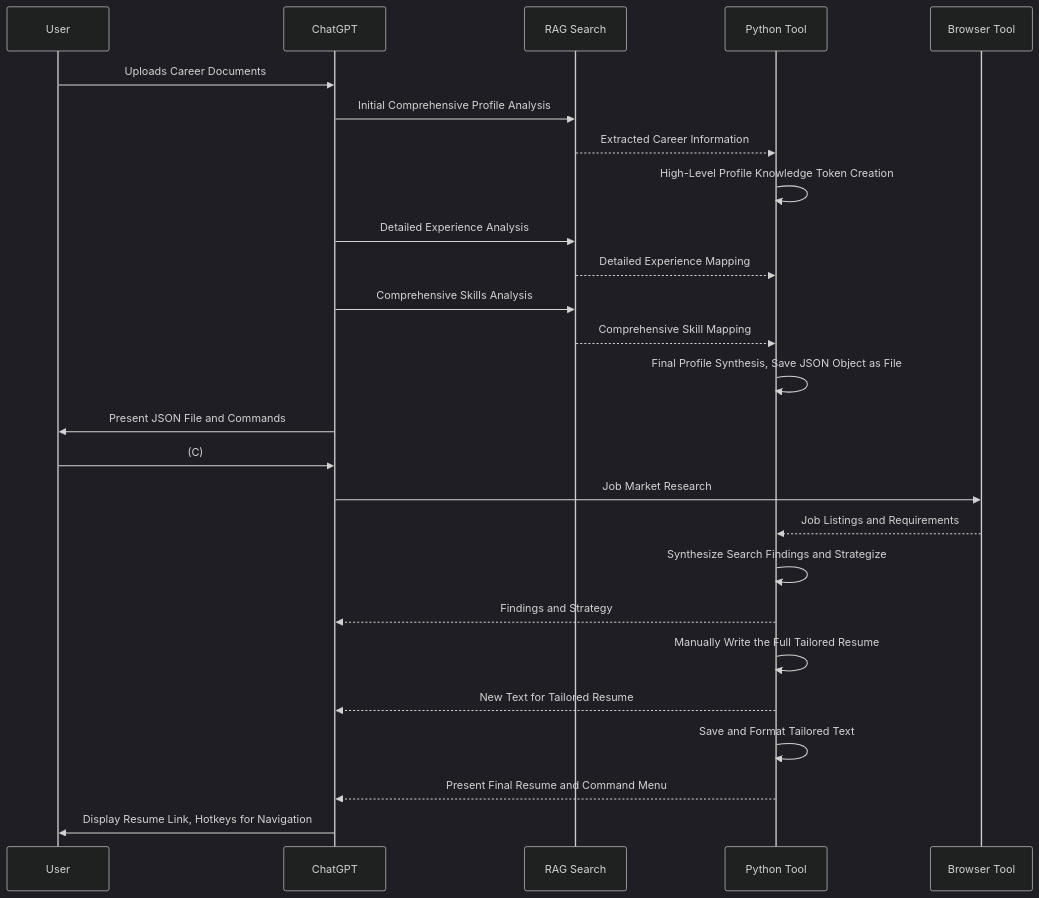
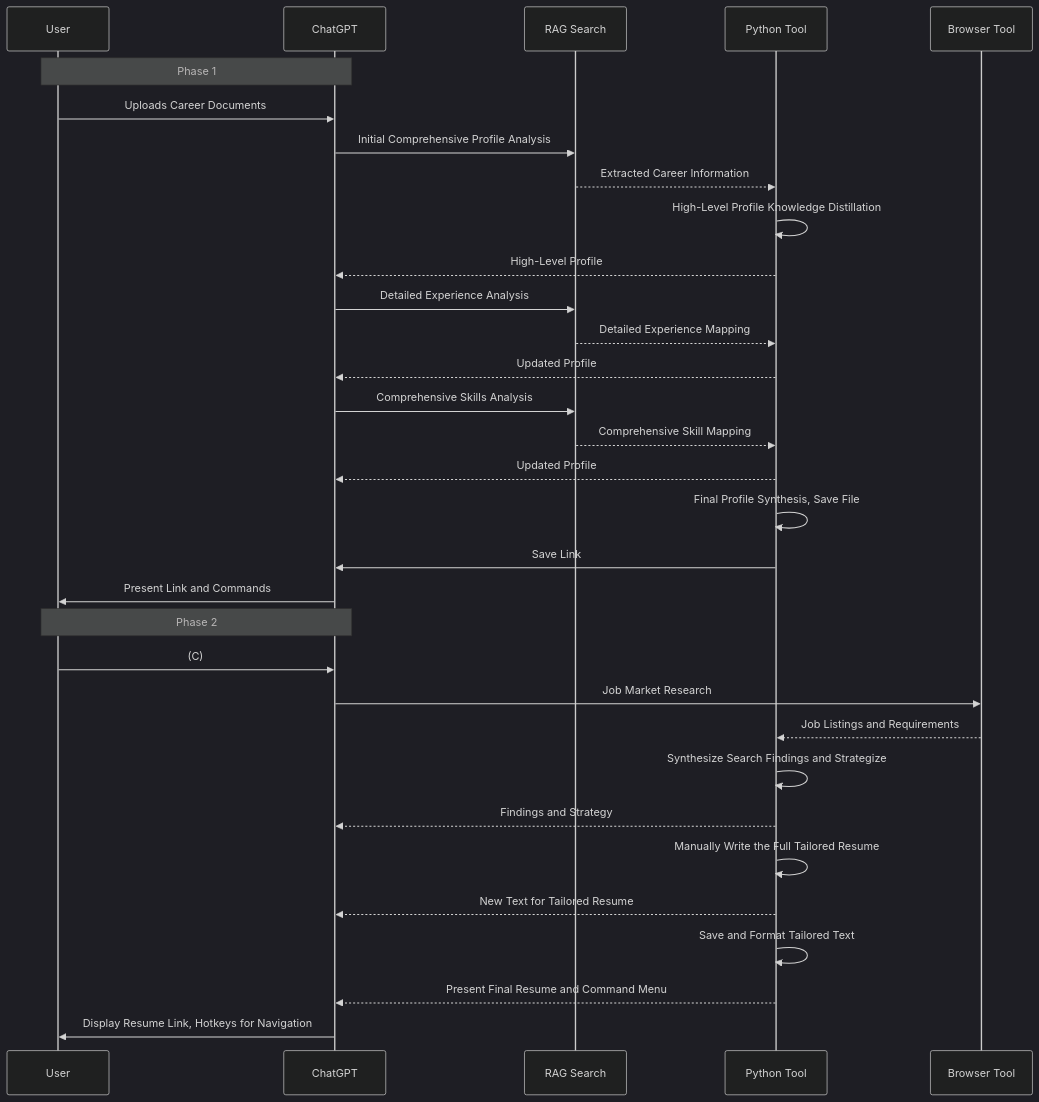
The third of 11 diagrams in README.md (nerority/Advanced-GPTs), drawn with Mermaid (dark theme) before and after one commit.

````diff
--- a/README.md
+++ b/README.md
@@ -187,31 +187,36 @@
 ```mermaid
 sequenceDiagram
     participant User
     participant ChatGPT
     participant RAG as RAG Search
     participant PythonTool as Python Tool
     participant Browser as Browser Tool
 
+    note over User, ChatGPT: Phase 1
     User->>ChatGPT: Uploads Career Documents
     ChatGPT->>RAG: Initial Comprehensive Profile Analysis
     RAG-->>PythonTool: Extracted Career Information
-    PythonTool->>PythonTool: High-Level Profile Knowledge Token Creation
+    PythonTool->>PythonTool: High-Level Profile Knowledge Distillation
+    PythonTool-->>ChatGPT: High-Level Profile
     ChatGPT->>RAG: Detailed Experience Analysis
     RAG-->>PythonTool: Detailed Experience Mapping
+    PythonTool-->>ChatGPT: Updated Profile
     ChatGPT->>RAG: Comprehensive Skills Analysis
     RAG-->>PythonTool: Comprehensive Skill Mapping
-		%% Create Checkpoint and Pause
-    PythonTool->>PythonTool: Final Profile Synthesis, Save JSON Object as File
-		ChatGPT->>User: Present JSON File and Commands
+    PythonTool-->>ChatGPT: Updated Profile
+    PythonTool->>PythonTool: Final Profile Synthesis, Save File
+    PythonTool->>ChatGPT: Save Link
+    ChatGPT->>User: Present Link and Commands
 
-		User->>ChatGPT: (C)
+    note over User, ChatGPT: Phase 2
+    User->>ChatGPT: (C)
     ChatGPT->>Browser: Job Market Research
     Browser-->>PythonTool: Job Listings and Requirements
     PythonTool->>PythonTool: Synthesize Search Findings and Strategize
-		PythonTool-->>ChatGPT: Findings and Strategy
-		PythonTool->>PythonTool: Manually Write the Full Tailored Resume
-		PythonTool-->>ChatGPT: New Text for Tailored Resume
+    PythonTool-->>ChatGPT: Findings and Strategy
+    PythonTool->>PythonTool: Manually Write the Full Tailored Resume
+    PythonTool-->>ChatGPT: New Text for Tailored Resume
     PythonTool->>PythonTool: Save and Format Tailored Text
     PythonTool-->>ChatGPT: Present Final Resume and Command Menu
     ChatGPT->>User: Display Resume Link, Hotkeys for Navigation
 ```
````
